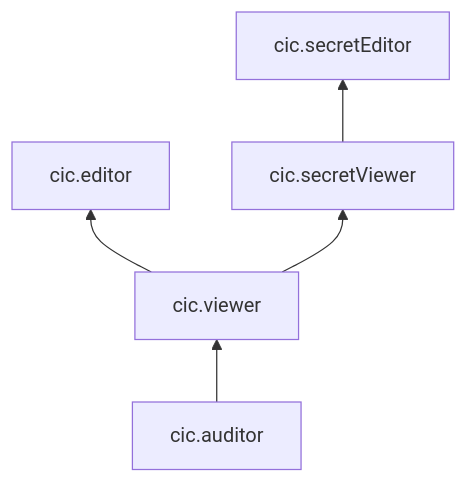
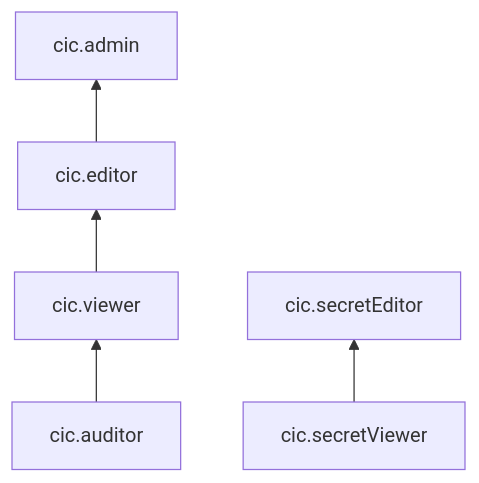
The diagram in en/_mermaid/roles/interconnect.md (yandex-cloud/docs), drawn with Mermaid before and after one commit. The commit also changed 224 other files, not shown here.

````diff
--- a/en/_mermaid/roles/interconnect.md
+++ b/en/_mermaid/roles/interconnect.md
@@ -1,7 +1,7 @@
 ```mermaid
 flowchart BT
     cic.auditor --> cic.viewer
     cic.viewer --> cic.editor
-    cic.viewer --> cic.secretViewer
+    cic.editor --> cic.admin
     cic.secretViewer --> cic.secretEditor
 ```
````
